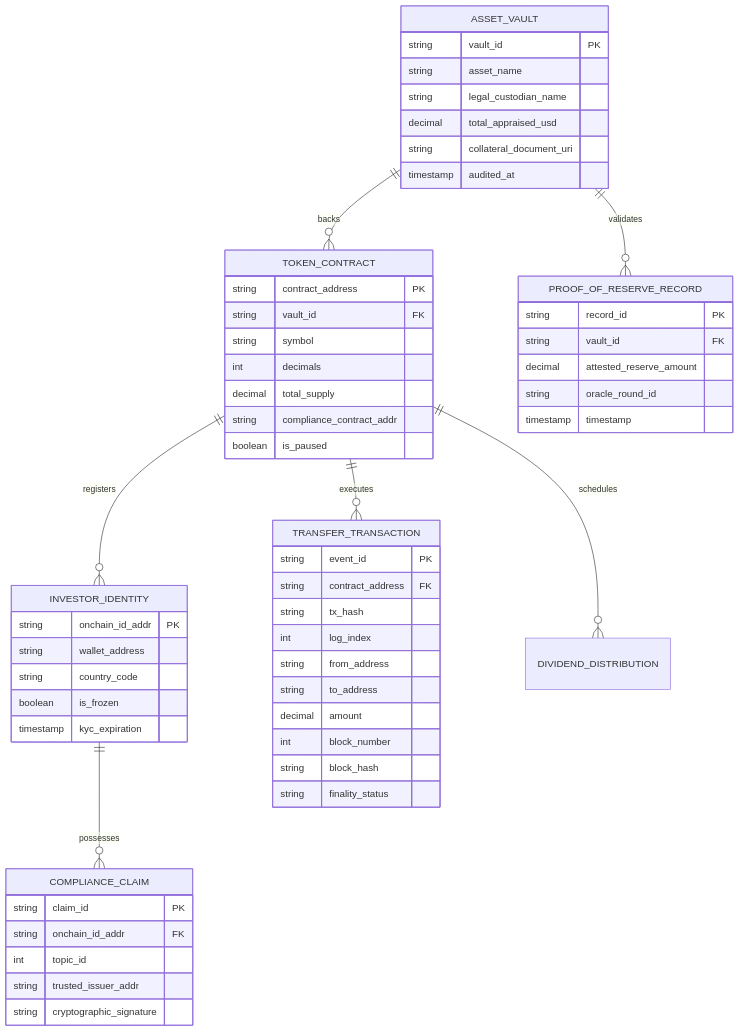
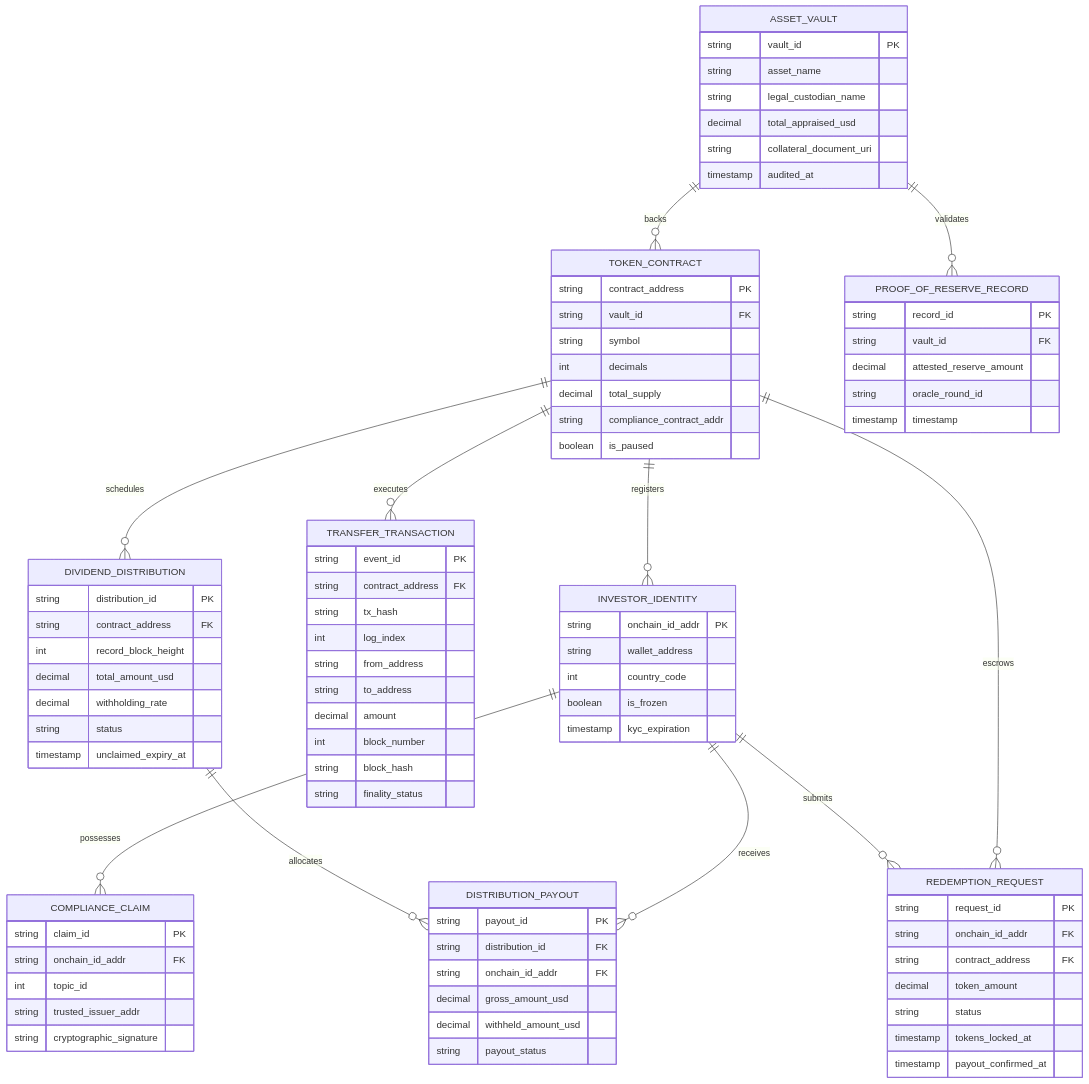
Before and after one commit to phamanhduc8577-hash/business-analyst-hub: the sixth of 6 diagrams in docs/05-domain-knowledge/crypto-web3-rwa/RWA-TOKENIZATION-SPEC.md, drawn with Mermaid. The commit also changed other lines of this file and 3 other files, not shown here.

````diff
--- a/docs/05-domain-knowledge/crypto-web3-rwa/RWA-TOKENIZATION-SPEC.md
+++ b/docs/05-domain-knowledge/crypto-web3-rwa/RWA-TOKENIZATION-SPEC.md
@@ -141,6 +181,10 @@
     TOKEN_CONTRACT ||--o{ TRANSFER_TRANSACTION : executes
     ASSET_VAULT ||--o{ PROOF_OF_RESERVE_RECORD : validates
     TOKEN_CONTRACT ||--o{ DIVIDEND_DISTRIBUTION : schedules
+    DIVIDEND_DISTRIBUTION ||--o{ DISTRIBUTION_PAYOUT : allocates
+    INVESTOR_IDENTITY ||--o{ DISTRIBUTION_PAYOUT : receives
+    INVESTOR_IDENTITY ||--o{ REDEMPTION_REQUEST : submits
+    TOKEN_CONTRACT ||--o{ REDEMPTION_REQUEST : escrows
 
     ASSET_VAULT {
         string vault_id PK
@@ -164,7 +208,7 @@
     INVESTOR_IDENTITY {
         string onchain_id_addr PK
         string wallet_address
-        string country_code
+        int country_code
         boolean is_frozen
         timestamp kyc_expiration
     }
@@ -197,4 +241,33 @@
         string oracle_round_id
         timestamp timestamp
     }
+
+    DIVIDEND_DISTRIBUTION {
+        string distribution_id PK
+        string contract_address FK
+        int record_block_height
+        decimal total_amount_usd
+        decimal withholding_rate
+        string status
+        timestamp unclaimed_expiry_at
+    }
+
+    DISTRIBUTION_PAYOUT {
+        string payout_id PK
+        string distribution_id FK
+        string onchain_id_addr FK
+        decimal gross_amount_usd
+        decimal withheld_amount_usd
+        string payout_status
+    }
+
+    REDEMPTION_REQUEST {
+        string request_id PK
+        string onchain_id_addr FK
+        string contract_address FK
+        decimal token_amount
+        string status
+        timestamp tokens_locked_at
+        timestamp payout_confirmed_at
+    }
 ```
````
